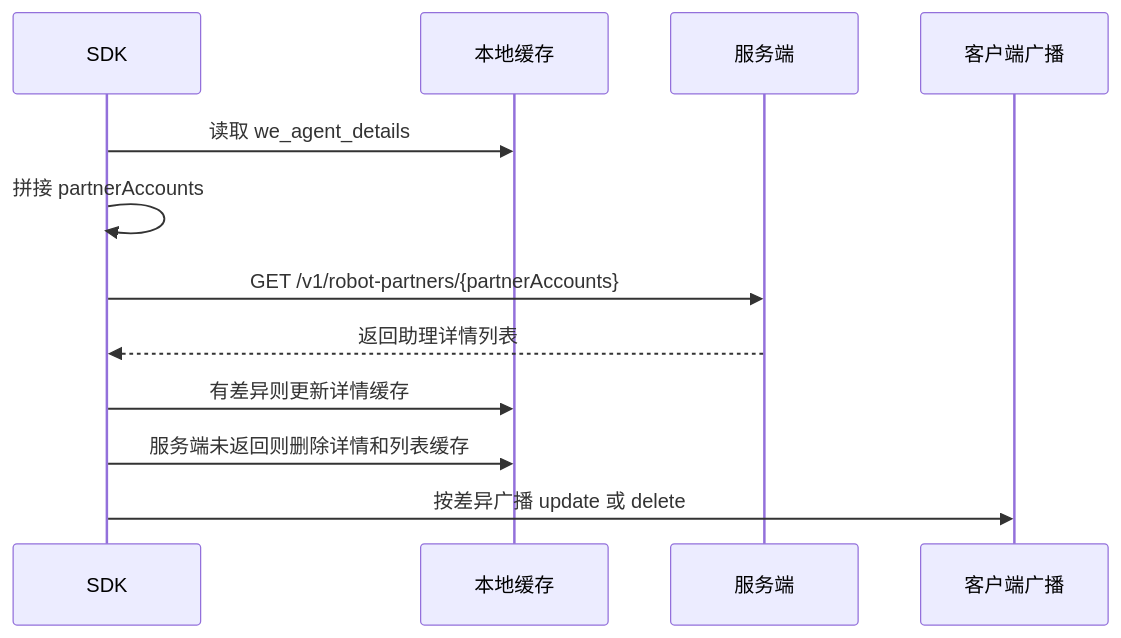
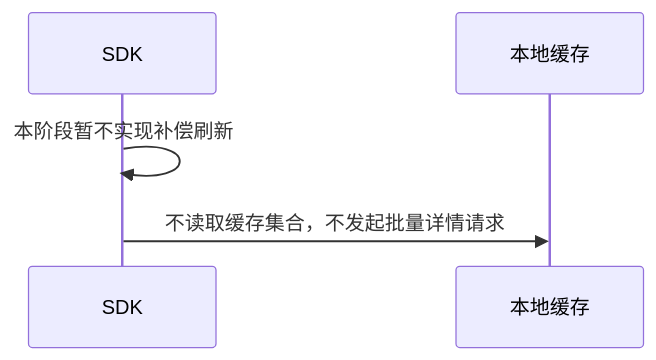
Before and after one commit to Abelsjcheng/skillSDK: the fifth of 10 diagrams in 2026-05-08-we-agent-detail-sync-plan.md, drawn with Mermaid. The commit also changed other lines of this file and 1 other file, not shown here.

````diff
--- a/2026-05-08-we-agent-detail-sync-plan.md
+++ b/2026-05-08-we-agent-detail-sync-plan.md
@@ -154,15 +172,8 @@
 ```mermaid
 sequenceDiagram
     participant SDK as SDK
     participant Cache as 本地缓存
-    participant Server as 服务端
-    participant Broadcast as 客户端广播
 
-    SDK->>Cache: 读取 we_agent_details
-    SDK->>SDK: 拼接 partnerAccounts
-    SDK->>Server: GET /v1/robot-partners/{partnerAccounts}
-    Server-->>SDK: 返回助理详情列表
-    SDK->>Cache: 有差异则更新详情缓存
-    SDK->>Cache: 服务端未返回则删除详情和列表缓存
-    SDK->>Broadcast: 按差异广播 update 或 delete
+    SDK->>SDK: 本阶段暂不实现补偿刷新
+    SDK->>Cache: 不读取缓存集合，不发起批量详情请求
 ```
````
